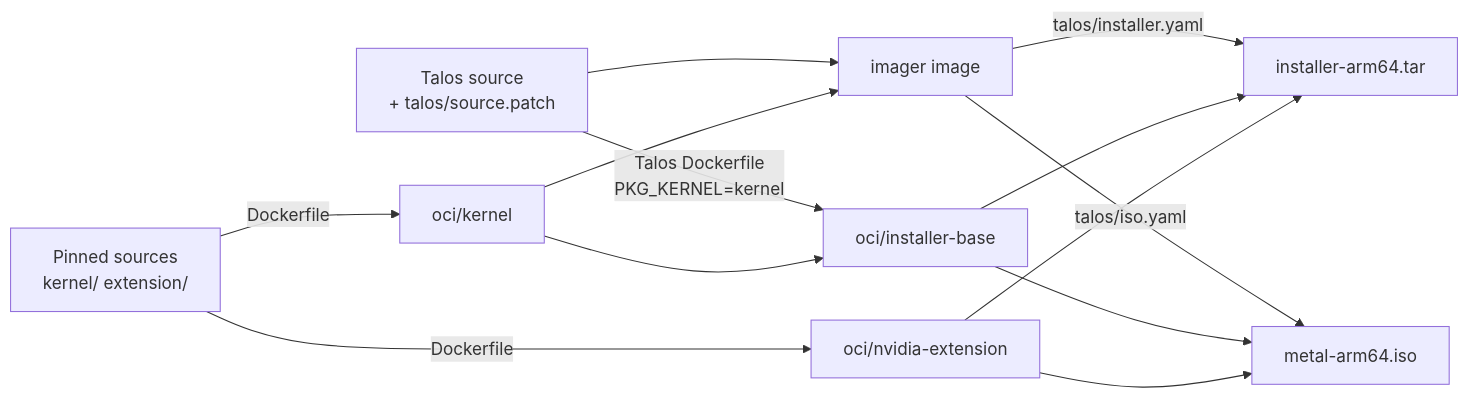
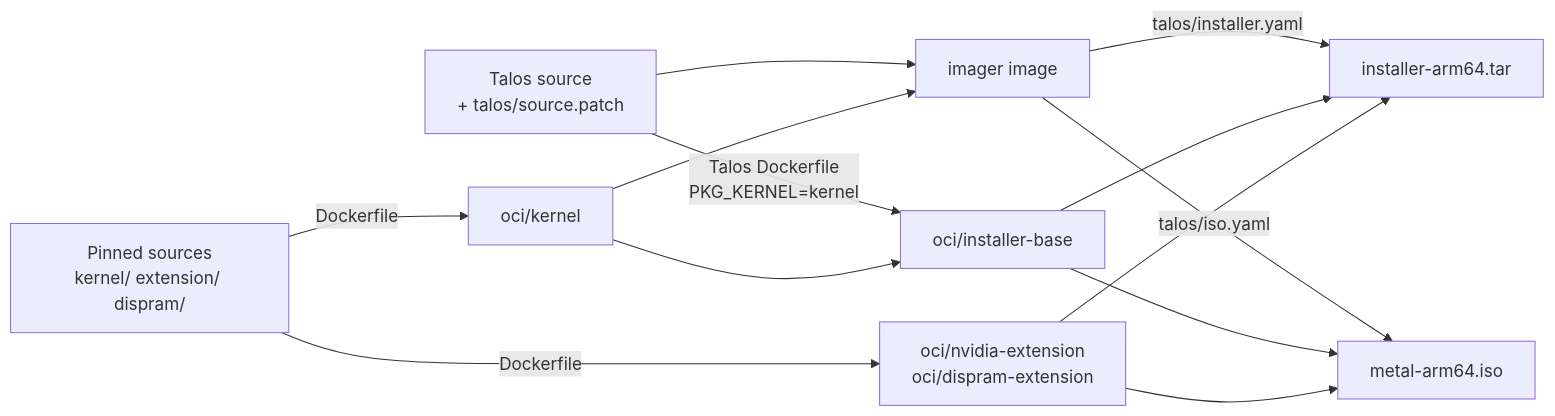
Before and after one commit to kindlingai/talos-dgx-kernel: the diagram in README.md, drawn with Mermaid. The commit also changed other lines of this file and 11 other files, not shown here.

First line of the commit message:
Add dispram extension: lend the GB10 display carveout to CUDA

````diff
--- a/README.md
+++ b/README.md
@@ -60,15 +63,15 @@
 ```mermaid
 flowchart LR
-  src[Pinned sources<br/>kernel/ extension/] -->|Dockerfile| kernel[oci/kernel]
-  src -->|Dockerfile| ext[oci/nvidia-extension]
+  src[Pinned sources<br/>kernel/ extension/ dispram/] -->|Dockerfile| kernel[oci/kernel]
+  src -->|Dockerfile| ext[oci/nvidia-extension<br/>oci/dispram-extension]
   talos[Talos source<br/>+ talos/source.patch] -->|Talos Dockerfile<br/>PKG_KERNEL=kernel| base[oci/installer-base]
   kernel --> base
   talos --> imager[imager image]
   kernel --> imager
   imager -->|talos/installer.yaml| installer[installer-arm64.tar]
   imager -->|talos/iso.yaml| iso[metal-arm64.iso]
   base --> installer
   ext --> installer
   base --> iso
   ext --> iso
 ```
````
